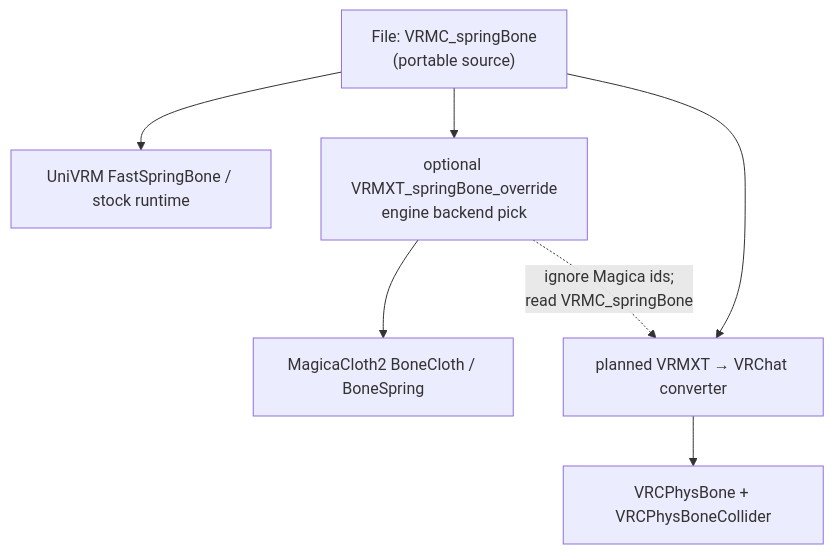
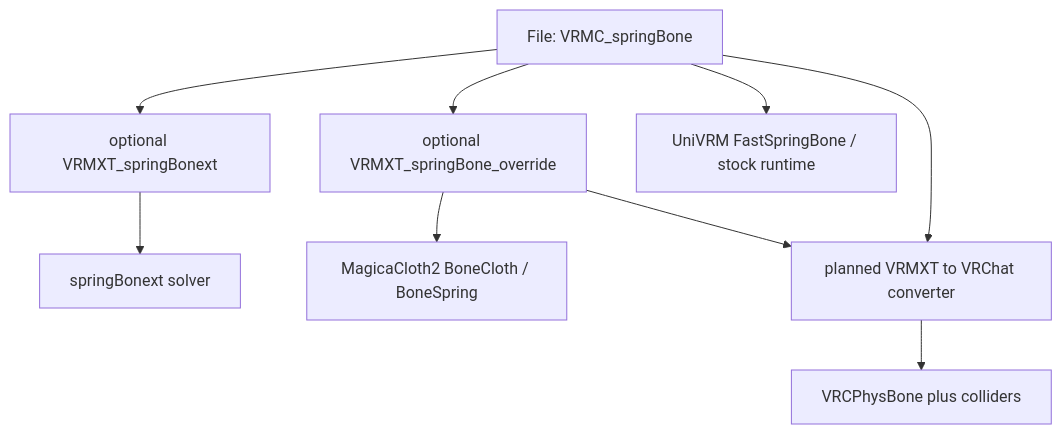
Before and after one commit to miramocha/Extended-VRM-Specs: the diagram in references/spring-bone-physics-systems.md, drawn with Mermaid. The commit also changed other lines of this file and 8 other files, not shown here.

First line of the commit message:
docs: lock VRMXT xt vs override spring names

````diff
--- a/references/spring-bone-physics-systems.md
+++ b/references/spring-bone-physics-systems.md
@@ -65,16 +72,20 @@
 ```mermaid
 flowchart TB
-  file["File: VRMC_springBone<br/>(portable source)"]
-  override["optional VRMXT_springBone_override<br/>engine backend pick"]
+  file["File: VRMC_springBone"]
+  xt["optional VRMXT_springBonext"]
+  override["optional VRMXT_springBone_override"]
   univrm["UniVRM FastSpringBone / stock runtime"]
+  xtRuntime["springBonext solver"]
   magica["MagicaCloth2 BoneCloth / BoneSpring"]
-  converter["planned VRMXT → VRChat converter"]
-  physbone["VRCPhysBone + VRCPhysBoneCollider"]
+  converter["planned VRMXT to VRChat converter"]
+  physbone["VRCPhysBone plus colliders"]
 
   file --> univrm
+  file --> xt
+  xt --> xtRuntime
   file --> override
   override --> magica
+  override --> converter
   file --> converter
-  override -.->|"ignore Magica ids;<br/>read VRMC_springBone"| converter
   converter --> physbone
 ```
````
